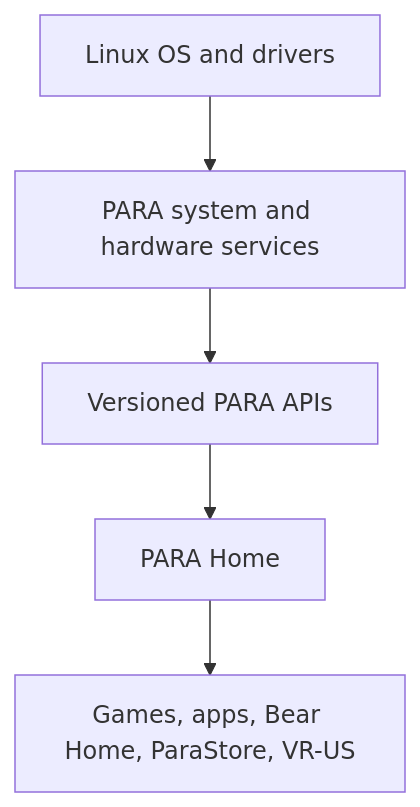
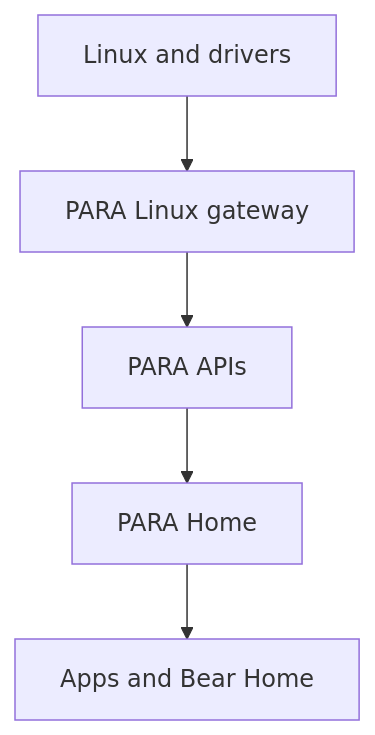
One commit to Slimey2017/para changed the diagram in PROJECT_GUIDE.md. Above: the diagram before and after it, drawn with Mermaid. The commit also changed other lines of this file and 52 other files, not shown here.

````diff
--- a/PROJECT_GUIDE.md
+++ b/PROJECT_GUIDE.md
@@ -65,7 +64,7 @@
 ```mermaid
 flowchart TD
-    Linux["Linux OS and drivers"] --> Services["PARA system and hardware services"]
-    Services --> API["Versioned PARA APIs"]
+    Linux["Linux and drivers"] --> Gateway["PARA Linux gateway"]
+    Gateway --> API["PARA APIs"]
     API --> Home["PARA Home"]
-    Home --> Experiences["Games, apps, Bear Home, ParaStore, VR-US"]
+    Home --> Apps["Apps and Bear Home"]
 ```
````
